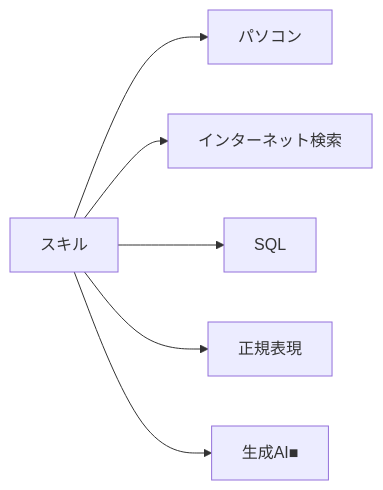
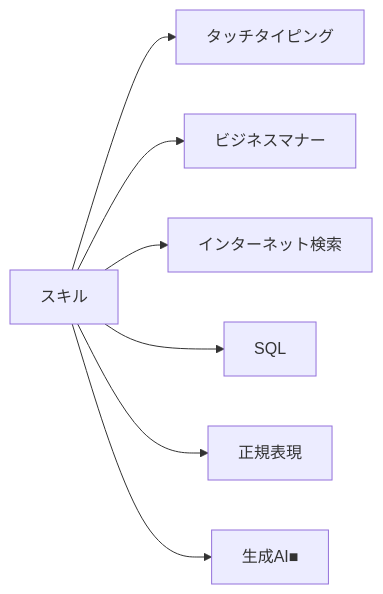
One commit to SparklingDetergent/doc_genai_Using_Generative_AI_with_Mac_Mini_-Introduction- changed the first of 12 diagrams in README.md. Above: the diagram before and after it, drawn with Mermaid.

````diff
--- a/README.md
+++ b/README.md
@@ -43,8 +43,9 @@
 ```mermaid
 graph LR
-    A[スキル] --> F[パソコン]
+    A[スキル] --> F[タッチタイピング]
+    A --> G[ビジネスマナー]
     A --> B[インターネット検索]
     A --> C[SQL]
     A --> D[正規表現]
     A --> E[生成AI■]
 ```
````
